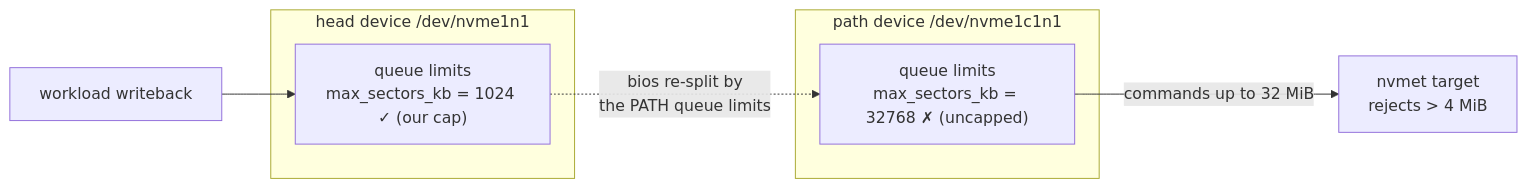
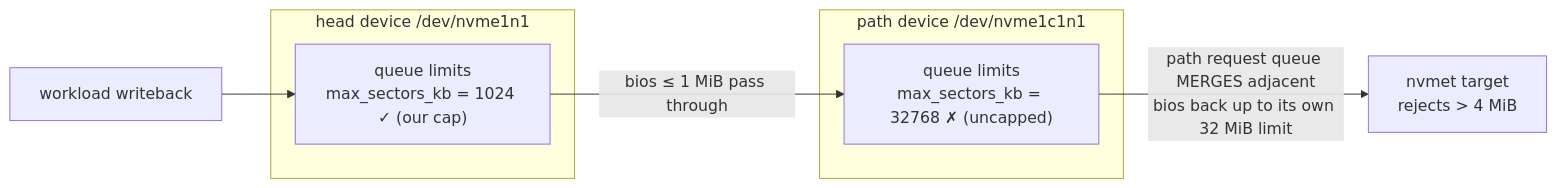
One commit to timpa0130/nvmeof-csi changed the second of 3 diagrams in design/incident-nvmet-tcp-4mib-write-rejection.md. Above: the diagram before and after it, drawn with Mermaid. The commit also changed other lines of this file, not shown here.

````diff
--- a/design/incident-nvmet-tcp-4mib-write-rejection.md
+++ b/design/incident-nvmet-tcp-4mib-write-rejection.md
@@ -98,12 +111,12 @@
 ```mermaid
 flowchart LR
     subgraph HEAD["head device  /dev/nvme1n1"]
         HQ["queue limits<br/>max_sectors_kb = 1024 ✓ (our cap)"]
     end
     subgraph PATH["path device  /dev/nvme1c1n1"]
         PQ["queue limits<br/>max_sectors_kb = 32768 ✗ (uncapped)"]
     end
     APP["workload writeback"] --> HQ
-    HQ -.->|"bios re-split by<br/>the PATH queue limits"| PQ
-    PQ -->|"commands up to 32 MiB"| T["nvmet target<br/>rejects > 4 MiB"]
+    HQ -->|"bios ≤ 1 MiB pass through"| PQ
+    PQ -->|"path request queue MERGES adjacent<br/>bios back up to its own 32 MiB limit"| T["nvmet target<br/>rejects > 4 MiB"]
 ```
````
